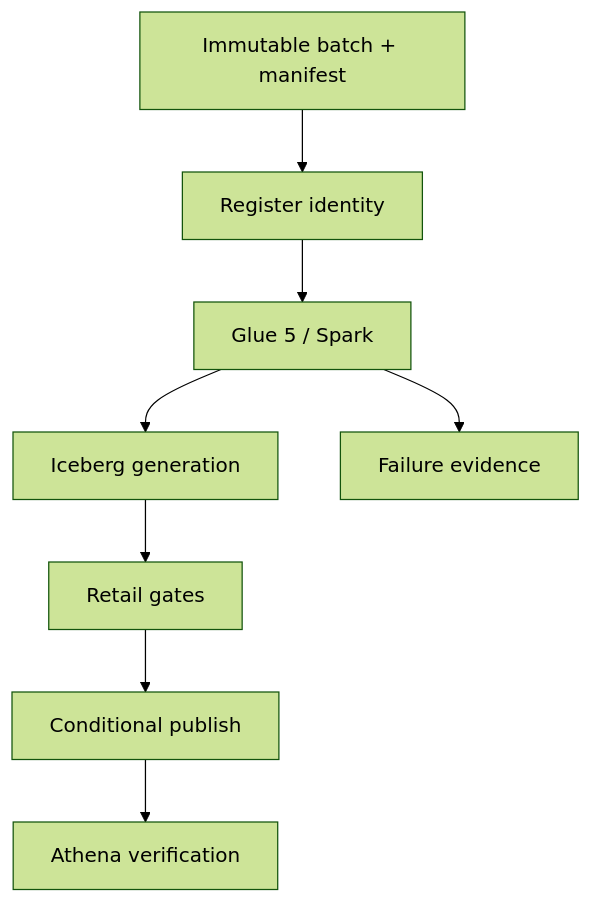
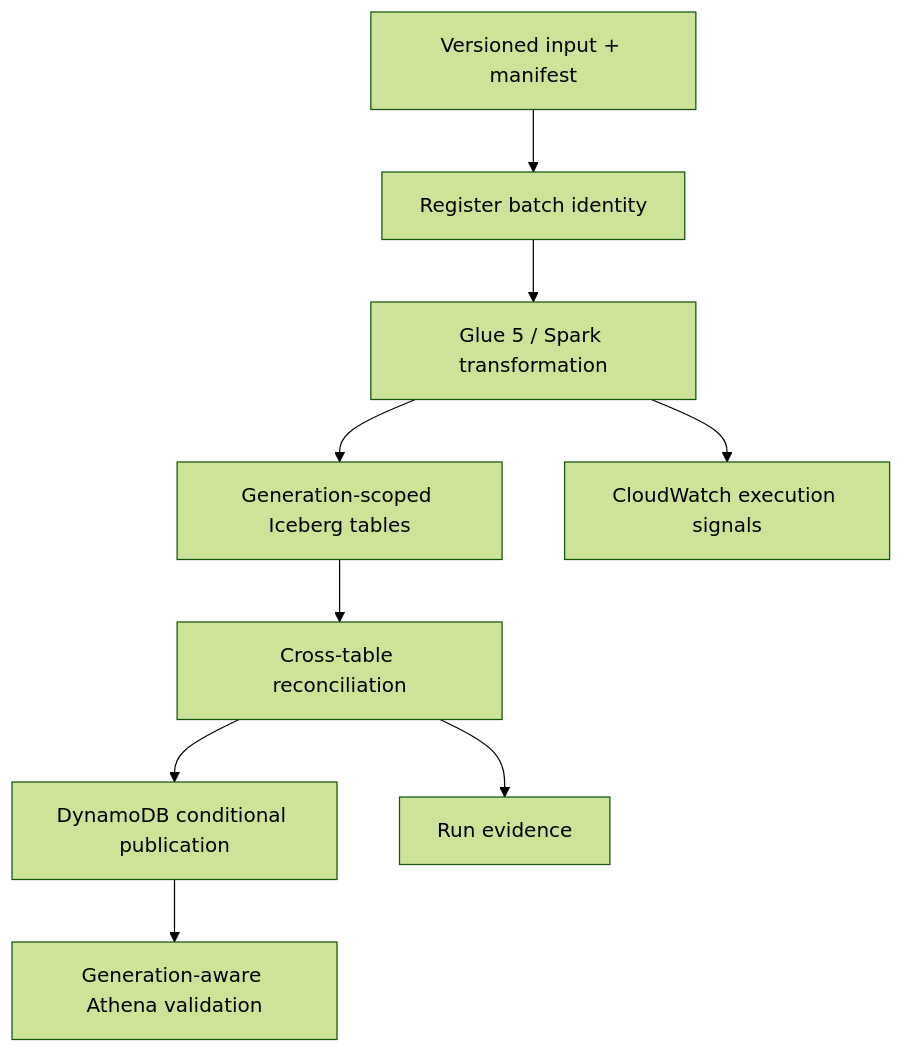
The diagram in README.md (bhuvaneshwaranmurugan21/atlasretail-lakehouse-platform), drawn with Mermaid (forest theme) before and after one commit. The commit also changed other lines of this file and 15 other files, not shown here.

````diff
--- a/README.md
+++ b/README.md
@@ -42,10 +30,11 @@
 ```mermaid
 flowchart TD
-    A["Immutable batch + manifest"] --> B["Register identity"]
-    B --> C["Glue 5 / Spark"]
-    C --> D["Iceberg generation"]
-    D --> E["Retail gates"]
-    E --> F["Conditional publish"]
-    F --> G["Athena verification"]
-    C --> H["Failure evidence"]
+    A["Versioned input + manifest"] --> B["Register batch identity"]
+    B --> C["Glue 5 / Spark transformation"]
+    C --> D["Generation-scoped Iceberg tables"]
+    D --> E["Cross-table reconciliation"]
+    E --> F["DynamoDB conditional publication"]
+    F --> G["Generation-aware Athena validation"]
+    C --> H["CloudWatch execution signals"]
+    E --> I["Run evidence"]
 ```
````
